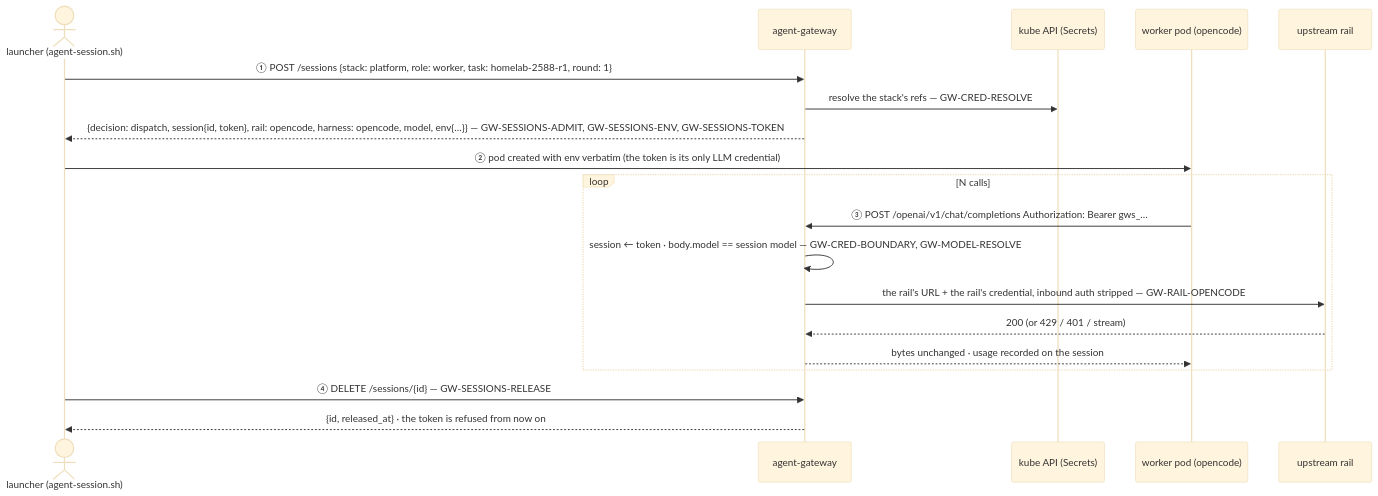
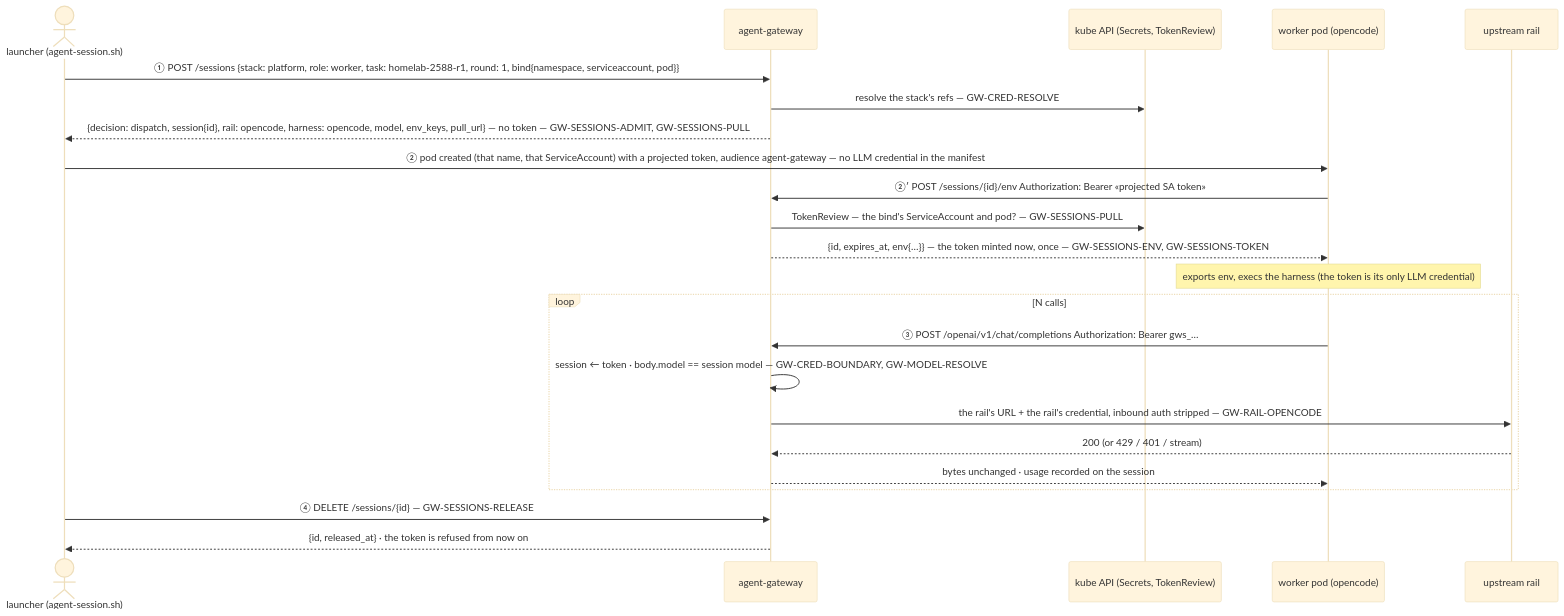
Before and after one commit to teststuffstash/homelab: the diagram in gateway/specs/use-cases/uc-1-worker-ride.md, drawn with Mermaid (base theme). The commit also changed other lines of this file and 18 other files, not shown here.

First line of the commit message:
gateway: GW-SESSIONS-PULL — a bound dispatch carries no credential; the pod pulls its env, TokenReview'd (FU-270)

````diff
--- a/gateway/specs/use-cases/uc-1-worker-ride.md
+++ b/gateway/specs/use-cases/uc-1-worker-ride.md
@@ -21,21 +22,25 @@
 ```mermaid
 sequenceDiagram
   actor L as launcher (agent-session.sh)
   participant G as agent-gateway
-  participant K as kube API (Secrets)
+  participant K as kube API (Secrets, TokenReview)
   participant P as worker pod (opencode)
   participant U as upstream rail
-  L->>G: ① POST /sessions {stack: platform, role: worker, task: homelab-2588-r1, round: 1}
+  L->>G: ① POST /sessions {stack: platform, role: worker, task: homelab-2588-r1, round: 1, bind{namespace, serviceaccount, pod}}
   G->>K: resolve the stack's refs — GW-CRED-RESOLVE
-  G-->>L: {decision: dispatch, session{id, token}, rail: opencode, harness: opencode, model, env{…}} — GW-SESSIONS-ADMIT, GW-SESSIONS-ENV, GW-SESSIONS-TOKEN
-  L->>P: ② pod created with env verbatim (the token is its only LLM credential)
+  G-->>L: {decision: dispatch, session{id}, rail: opencode, harness: opencode, model, env_keys, pull_url} — no token — GW-SESSIONS-ADMIT, GW-SESSIONS-PULL
+  L->>P: ② pod created (that name, that ServiceAccount) with a projected token, audience agent-gateway — no LLM credential in the manifest
+  P->>G: ②′ POST /sessions/{id}/env  Authorization: Bearer «projected SA token»
+  G->>K: TokenReview — the bind's ServiceAccount and pod? — GW-SESSIONS-PULL
+  G-->>P: {id, expires_at, env{…}} — the token minted now, once — GW-SESSIONS-ENV, GW-SESSIONS-TOKEN
+  Note over P: exports env, execs the harness (the token is its only LLM credential)
   loop N calls
     P->>G: ③ POST /openai/v1/chat/completions  Authorization: Bearer gws_…
     G->>G: session ← token · body.model == session model — GW-CRED-BOUNDARY, GW-MODEL-RESOLVE
     G->>U: the rail's URL + the rail's credential, inbound auth stripped — GW-RAIL-OPENCODE
     U-->>G: 200 (or 429 / 401 / stream)
     G-->>P: bytes unchanged · usage recorded on the session
   end
   L->>G: ④ DELETE /sessions/{id} — GW-SESSIONS-RELEASE
   G-->>L: {id, released_at} · the token is refused from now on
 ```
````
